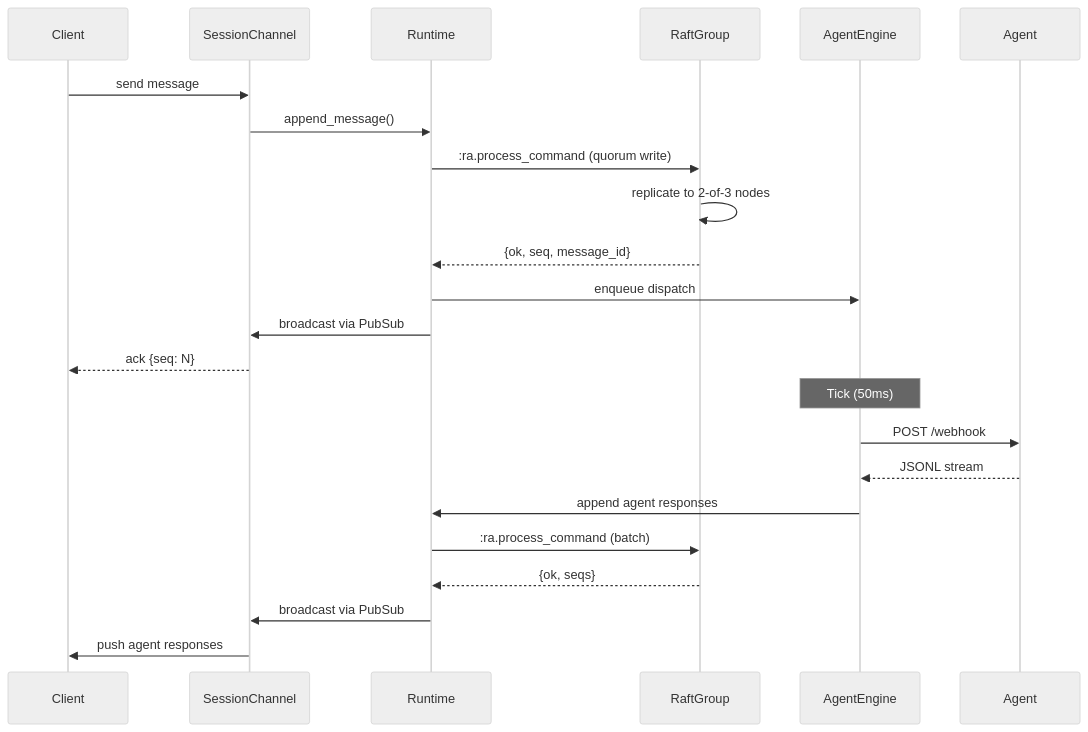
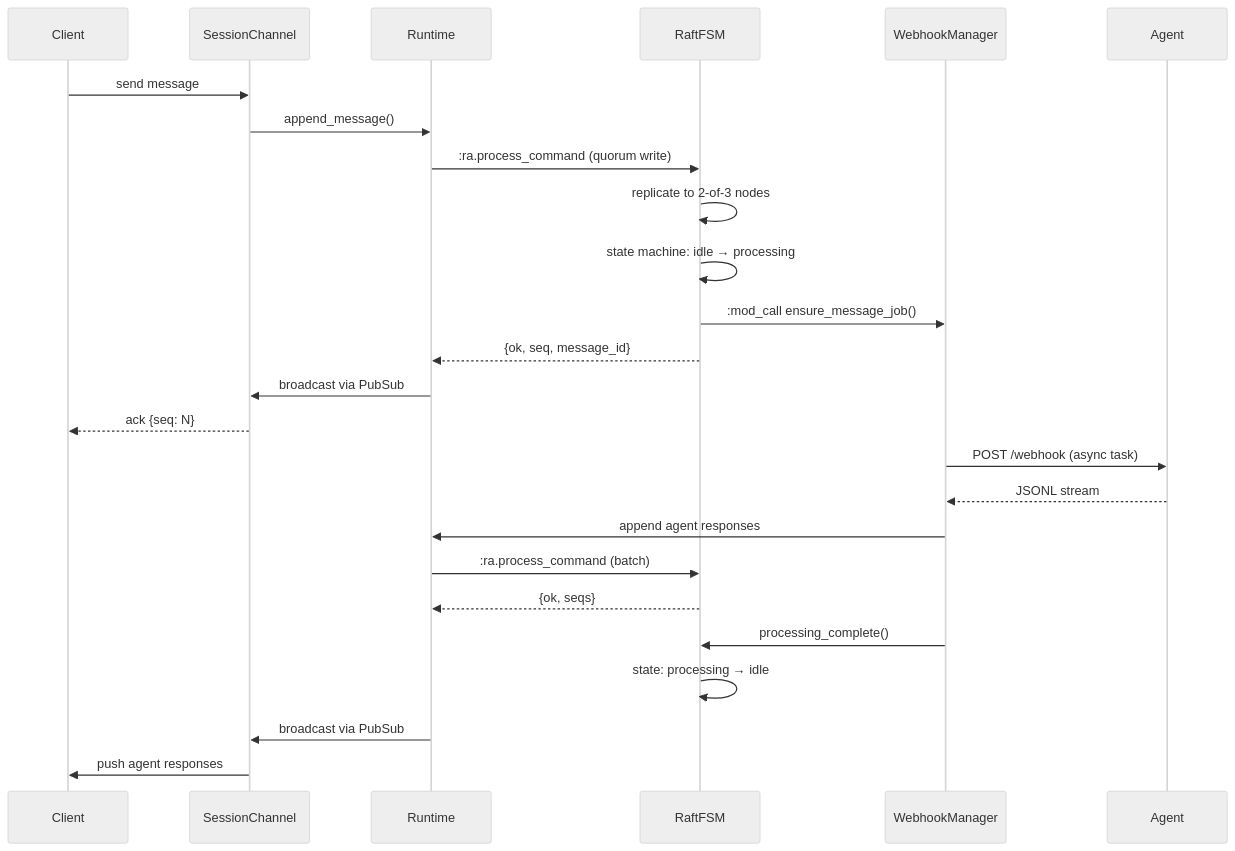
One commit to cpluss/fleetlm changed the diagram in docs/architecture.md. Above: the diagram before and after it, drawn with Mermaid (neutral theme). The commit also changed other lines of this file and 6 other files, not shown here.

````diff
--- a/docs/architecture.md
+++ b/docs/architecture.md
@@ -38,27 +38,29 @@
 ```mermaid
 sequenceDiagram
     participant Client
     participant SessionChannel
     participant Runtime
-    participant RaftGroup
-    participant AgentEngine
+    participant RaftFSM
+    participant WebhookManager
     participant Agent
 
     Client->>SessionChannel: send message
     SessionChannel->>Runtime: append_message()
-    Runtime->>RaftGroup: :ra.process_command (quorum write)
-    RaftGroup->>RaftGroup: replicate to 2-of-3 nodes
-    RaftGroup-->>Runtime: {ok, seq, message_id}
-    Runtime->>AgentEngine: enqueue dispatch
+    Runtime->>RaftFSM: :ra.process_command (quorum write)
+    RaftFSM->>RaftFSM: replicate to 2-of-3 nodes
+    RaftFSM->>RaftFSM: state machine: idle → processing
+    RaftFSM->>WebhookManager: :mod_call ensure_message_job()
+    RaftFSM-->>Runtime: {ok, seq, message_id}
     Runtime->>SessionChannel: broadcast via PubSub
     SessionChannel-->>Client: ack {seq: N}
 
-    Note over AgentEngine: Tick (50ms)
-    AgentEngine->>Agent: POST /webhook
-    Agent-->>AgentEngine: JSONL stream
-    AgentEngine->>Runtime: append agent responses
-    Runtime->>RaftGroup: :ra.process_command (batch)
-    RaftGroup-->>Runtime: {ok, seqs}
+    WebhookManager->>Agent: POST /webhook (async task)
+    Agent-->>WebhookManager: JSONL stream
+    WebhookManager->>Runtime: append agent responses
+    Runtime->>RaftFSM: :ra.process_command (batch)
+    RaftFSM-->>Runtime: {ok, seqs}
+    WebhookManager->>RaftFSM: processing_complete()
+    RaftFSM->>RaftFSM: state: processing → idle
     Runtime->>SessionChannel: broadcast via PubSub
     SessionChannel->>Client: push agent responses
 ```
````
